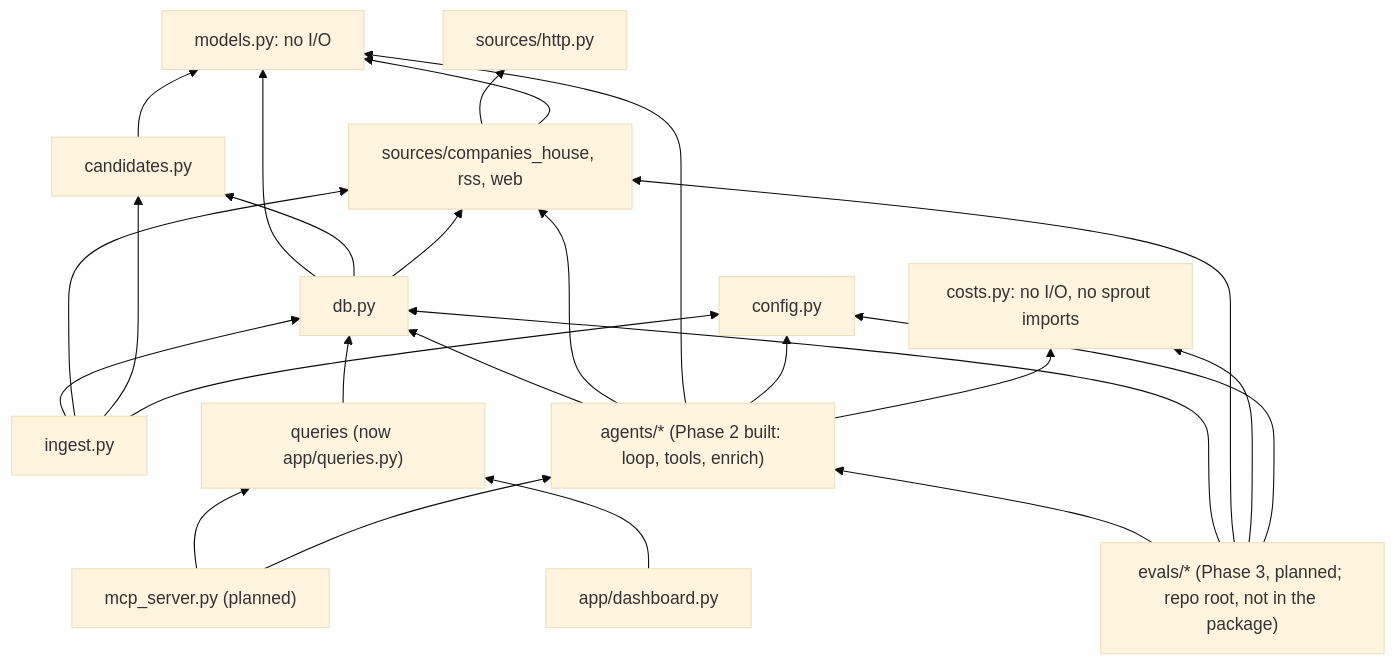
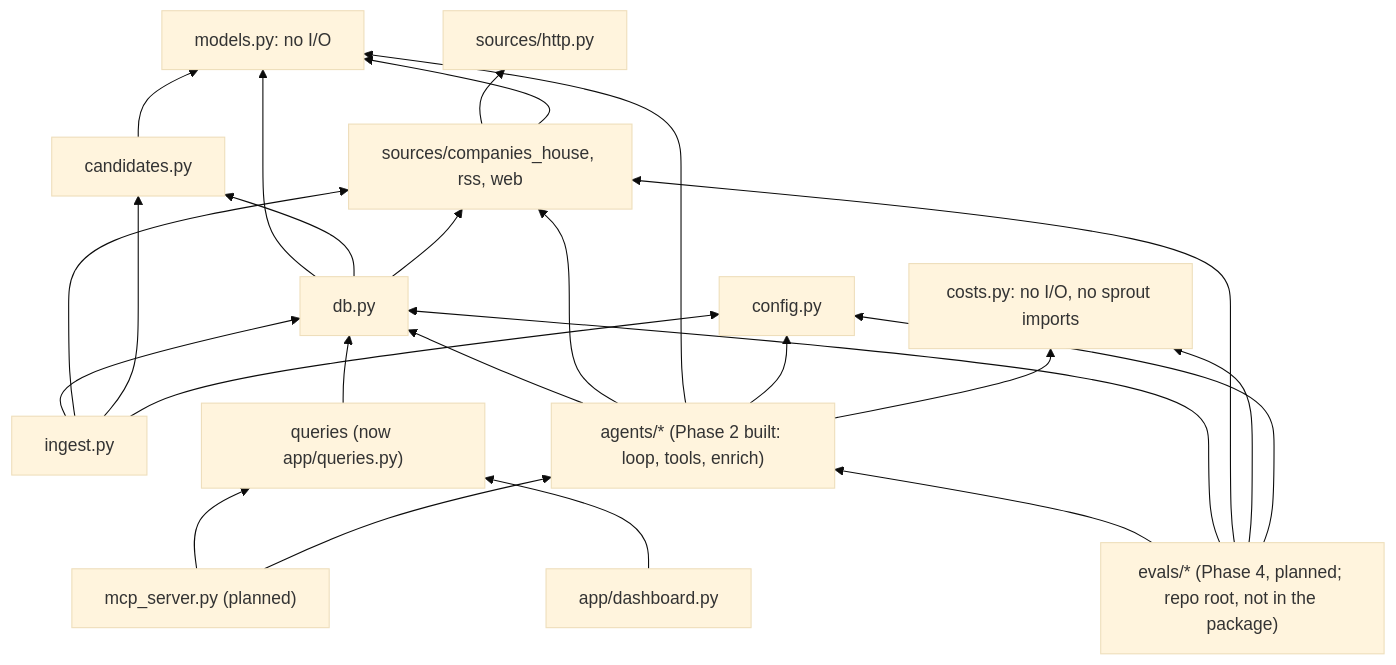
Before and after one commit to Farzaanee/sprout: diagram 11 of 13 in docs/architecture.md, drawn with Mermaid (base theme). The commit also changed other lines of this file and 4 other files, not shown here.

````diff
--- a/docs/architecture.md
+++ b/docs/architecture.md
@@ -438,40 +456,40 @@
 ```mermaid
 flowchart BT
     models["models.py: no I/O"]
     config["config.py"]
     costs["costs.py: no I/O, no sprout imports"]
     candidates["candidates.py"]
     http["sources/http.py"]
     sources["sources/companies_house, rss, web"]
     db["db.py"]
     ingest["ingest.py"]
     queries["queries (now app/queries.py)"]
     agents["agents/* (Phase 2 built: loop, tools, enrich)"]
     mcp["mcp_server.py (planned)"]
     dash["app/dashboard.py"]
-    evals["evals/* (Phase 3, planned; repo root, not in the package)"]
+    evals["evals/* (Phase 4, planned; repo root, not in the package)"]
     candidates --> models
     sources --> http
     sources --> models
     db --> models
     db --> candidates
     db --> sources
     ingest --> db
     ingest --> sources
     ingest --> candidates
     ingest --> config
     queries --> db
     agents --> db
     agents --> sources
     agents --> models
     agents --> config
     agents --> costs
     mcp --> queries
     mcp --> agents
     dash --> queries
     evals --> agents
     evals --> db
     evals --> sources
     evals --> costs
     evals --> config
 ```
````
